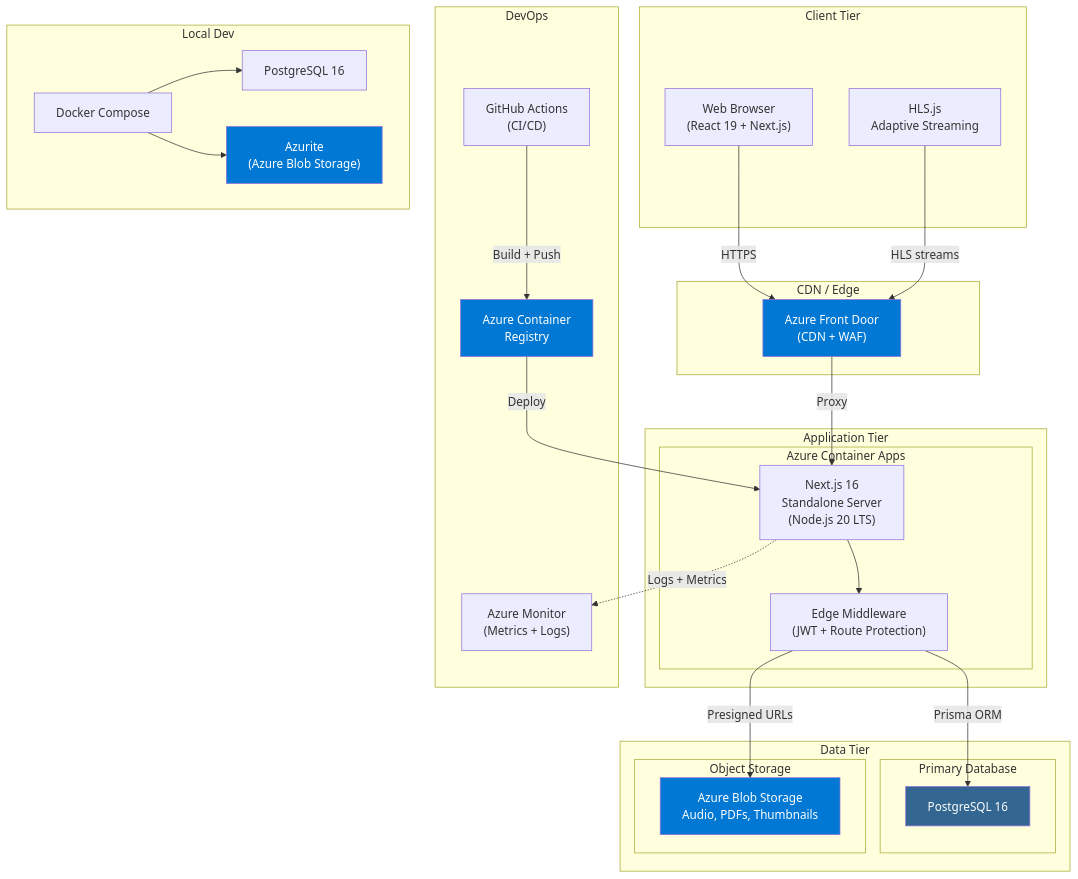
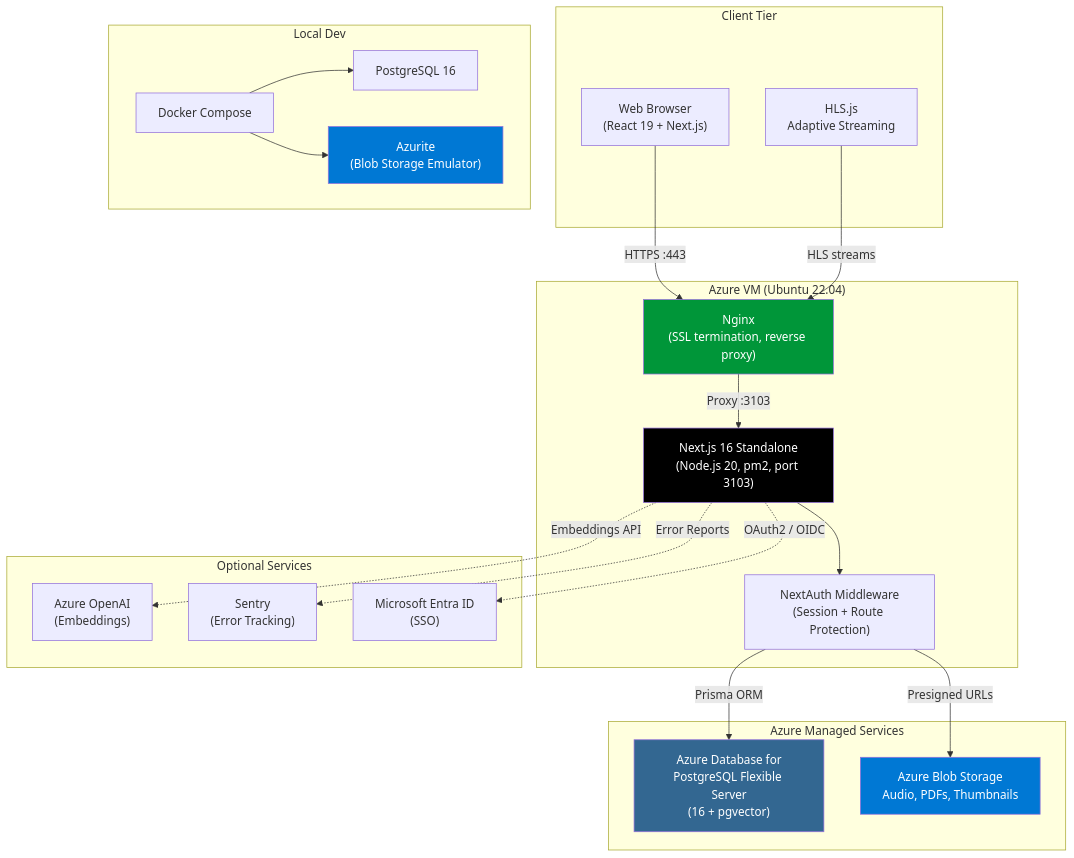
The diagram in README.md (RoshanJ20/podcasthub), drawn with Mermaid before and after one commit. The commit also changed other lines of this file and 81 other files, not shown here.

First line of the commit message:
feat: migrate from custom JWT auth to NextAuth v4

````diff
--- a/README.md
+++ b/README.md
@@ -48,58 +50,48 @@
 ```mermaid
 graph TB
     subgraph "Client Tier"
         WebApp["Web Browser<br/>(React 19 + Next.js)"]
         HLS["HLS.js<br/>Adaptive Streaming"]
     end
 
-    subgraph "CDN / Edge"
-        FrontDoor["Azure Front Door<br/>(CDN + WAF)"]
+    subgraph "Azure VM (Ubuntu 22.04)"
+        Nginx["Nginx<br/>(SSL termination, reverse proxy)"]
+        NextJS["Next.js 16 Standalone<br/>(Node.js 20, pm2, port 3103)"]
+        Middleware["NextAuth Middleware<br/>(Session + Route Protection)"]
     end
 
-    subgraph "Application Tier"
-        subgraph "Azure Container Apps"
-            NextJS["Next.js 16<br/>Standalone Server<br/>(Node.js 20 LTS)"]
-            EdgeMW["Edge Middleware<br/>(JWT + Route Protection)"]
-        end
+    subgraph "Azure Managed Services"
+        PostgreSQL["Azure Database for<br/>PostgreSQL Flexible Server<br/>(16 + pgvector)"]
+        BlobStorage["Azure Blob Storage<br/>Audio, PDFs, Thumbnails"]
     end
 
-    subgraph "Data Tier"
-        subgraph "Primary Database"
-            PostgreSQL["PostgreSQL 16"]
-        end
-        subgraph "Object Storage"
-            BlobStorage["Azure Blob Storage<br/>Audio, PDFs, Thumbnails"]
-        end
-    end
-
-    subgraph "DevOps"
-        ACR["Azure Container<br/>Registry"]
-        GitHub["GitHub Actions<br/>(CI/CD)"]
-        AzureMonitor["Azure Monitor<br/>(Metrics + Logs)"]
+    subgraph "Optional Services"
+        OpenAI["Azure OpenAI<br/>(Embeddings)"]
+        Sentry["Sentry<br/>(Error Tracking)"]
+        EntraID["Microsoft Entra ID<br/>(SSO)"]
     end
 
     subgraph "Local Dev"
         DockerCompose["Docker Compose"]
         PGLocal["PostgreSQL 16"]
-        Azurite["Azurite<br/>(Azure Blob Storage)"]
+        Azurite["Azurite<br/>(Blob Storage Emulator)"]
     end
 
-    WebApp -->|"HTTPS"| FrontDoor
-    HLS -->|"HLS streams"| FrontDoor
-    FrontDoor -->|"Proxy"| NextJS
-    NextJS --> EdgeMW
-    EdgeMW -->|"Prisma ORM"| PostgreSQL
-    EdgeMW -->|"Presigned URLs"| BlobStorage
-
-    GitHub -->|"Build + Push"| ACR
-    ACR -->|"Deploy"| NextJS
-    NextJS -.->|"Logs + Metrics"| AzureMonitor
+    WebApp -->|"HTTPS :443"| Nginx
+    HLS -->|"HLS streams"| Nginx
+    Nginx -->|"Proxy :3103"| NextJS
+    NextJS --> Middleware
+    Middleware -->|"Prisma ORM"| PostgreSQL
+    Middleware -->|"Presigned URLs"| BlobStorage
+    NextJS -.->|"Embeddings API"| OpenAI
+    NextJS -.->|"Error Reports"| Sentry
+    NextJS -.->|"OAuth2 / OIDC"| EntraID
 
     DockerCompose --> PGLocal & Azurite
 
-    style FrontDoor fill:#0078d4,color:#fff
+    style Nginx fill:#009639,color:#fff
     style PostgreSQL fill:#336791,color:#fff
     style BlobStorage fill:#0078d4,color:#fff
-    style ACR fill:#0078d4,color:#fff
     style Azurite fill:#0078d4,color:#fff
+    style NextJS fill:#000,color:#fff
 ```
````
